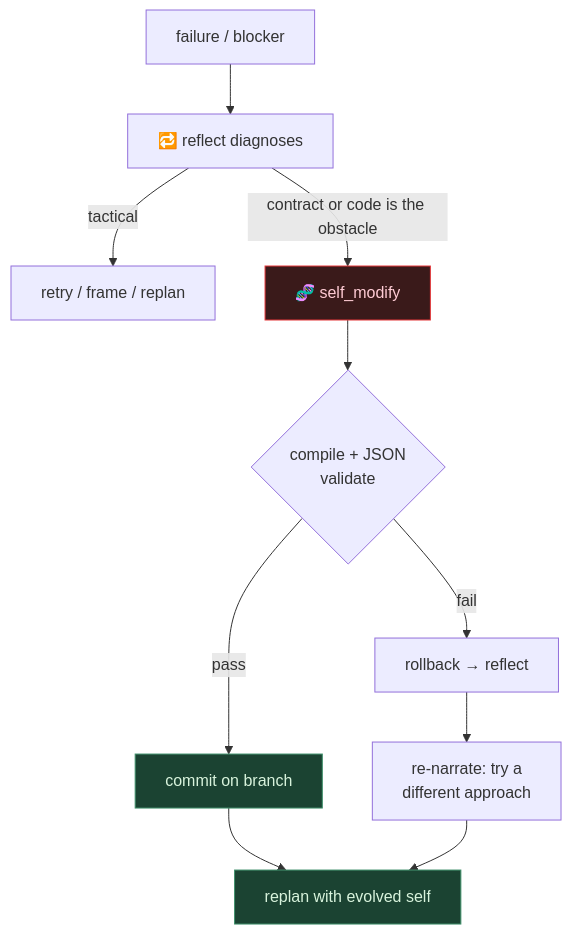
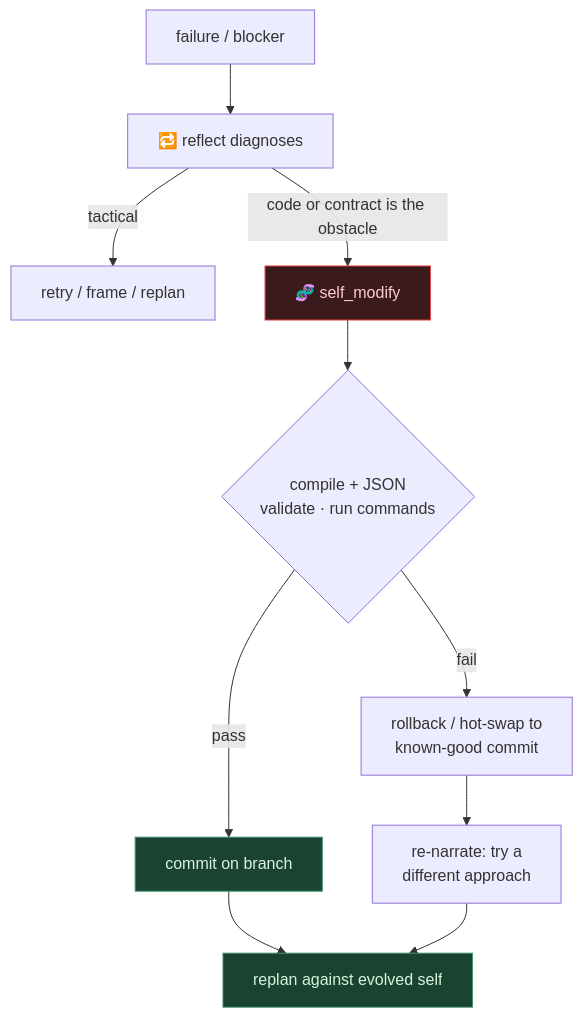
The fourth of 4 diagrams in README.md (wgabrys88/endgame-ai), drawn with Mermaid before and after one commit. The commit also changed other lines of this file, not shown here.

````diff
--- a/README.md
+++ b/README.md
@@ -286,16 +203,13 @@
 ```mermaid
 flowchart TD
     F["failure / blocker"] --> R["🔁 reflect diagnoses"]
-    R -->|tactical| RETRY["retry / frame / replan"]
-    R -->|contract or code is the obstacle| SM["🧬 self_modify"]
-    SM --> V{"compile + JSON<br/>validate"}
-    V -->|pass| COMMIT["commit on branch"]
-    V -->|fail| RB["rollback → reflect"]
-    COMMIT --> PLAN["replan with evolved self"]
-    RB --> RENARRATE["re-narrate: try a<br/>different approach"]
-    RENARRATE --> PLAN
+    R -->|tactical| T["retry / frame / replan"]
+    R -->|code or contract is the obstacle| SM["🧬 self_modify"]
+    SM --> V{"compile + JSON<br/>validate · run commands"}
+    V -->|pass| C["commit on branch"] --> PLAN["replan against evolved self"]
+    V -->|fail| RB["rollback / hot-swap to<br/>known-good commit"] --> RN["re-narrate: try a<br/>different approach"] --> PLAN
     classDef danger fill:#3a1a1a,stroke:#e5383b,color:#ffccd5
     classDef ok fill:#1b4332,stroke:#40916c,color:#d8f3dc
     class SM danger
-    class COMMIT,PLAN ok
+    class C,PLAN ok
 ```
````
